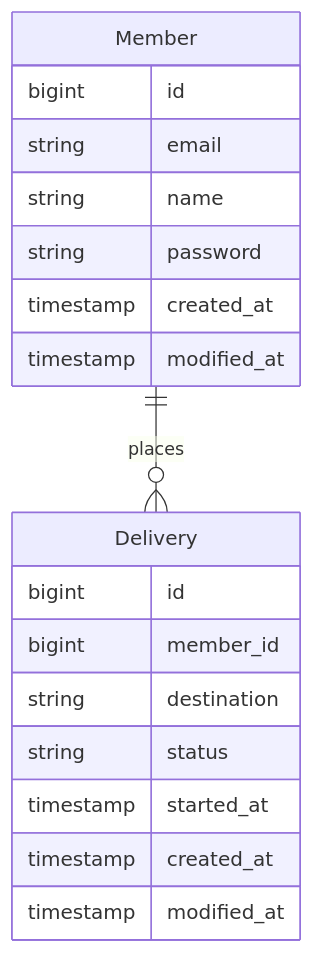
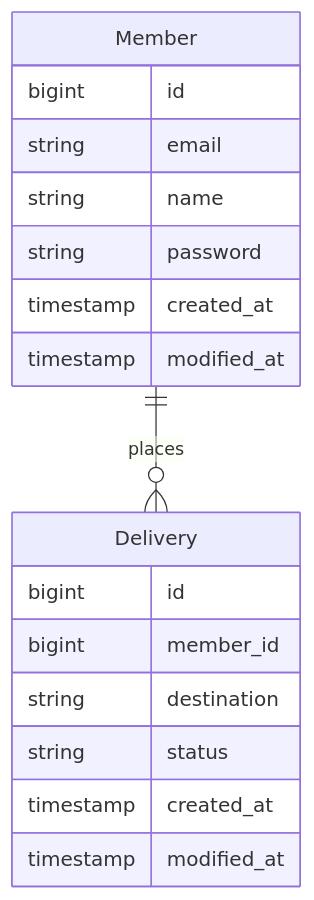
The diagram in README.md (cwJohnPark/baedal-webservice), drawn with Mermaid before and after one commit. The commit also changed other lines of this file, not shown here.

````diff
--- a/README.md
+++ b/README.md
@@ -31,21 +35,20 @@
 ```mermaid
 erDiagram
     Member ||--o{ Delivery : places
     Member {
 	    bigint id
 	    string email
         string name
         string password
         timestamp created_at
         timestamp modified_at
     }
     Delivery {
-				bigint id
+        bigint id
         bigint member_id
-				string destination
-				string status
-				timestamp started_at
+		string destination
+		string status
         timestamp created_at
         timestamp modified_at
     }
 ```
````
